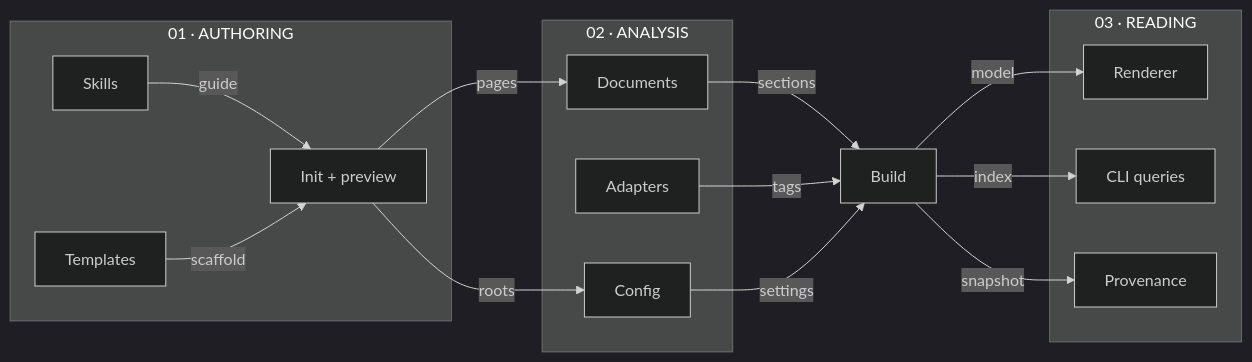
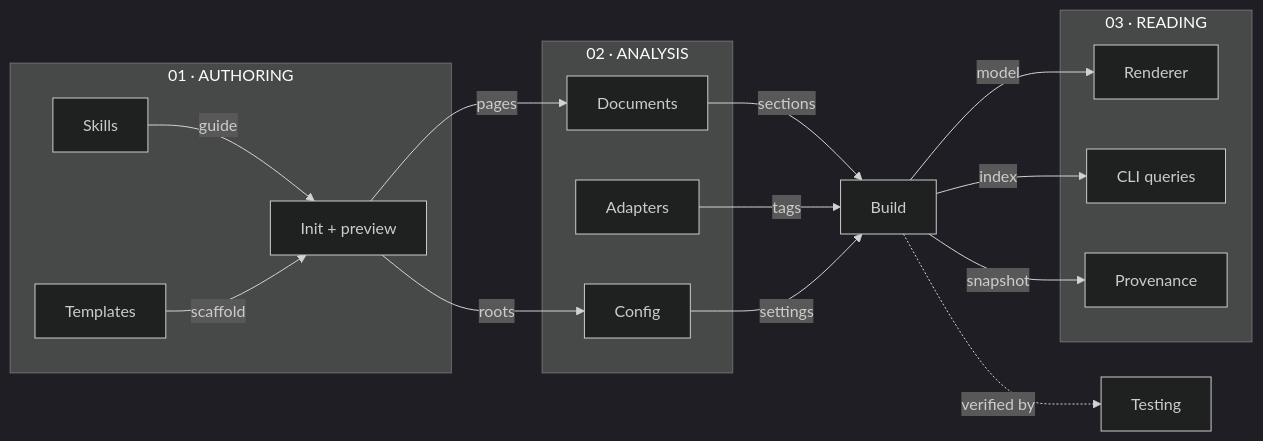
Before and after one commit to Lizhou31/codewiki: the diagram in codewiki/wiki/architecture.md, drawn with Mermaid (dark theme). The commit also changed other lines of this file and 7 other files, not shown here.

Commit message:
docs: add testing architecture and source-linked test guides

````diff
--- a/codewiki/wiki/architecture.md
+++ b/codewiki/wiki/architecture.md
@@ -33,25 +34,26 @@
 ```mermaid
 flowchart LR
   subgraph authoring_layer["01 · AUTHORING"]
     skills["Skills"] -->|guide| authoring["Init + preview"]
     templates["Templates"] -->|scaffold| authoring
   end
   subgraph core_layer["02 · ANALYSIS"]
     documents["Documents"]
     languages["Adapters"]
     config["Config"]
   end
   subgraph reading_layer["03 · READING"]
     renderer["Renderer"]
     queries["CLI queries"]
     history["Provenance"]
   end
   authoring -->|pages| documents
   authoring -->|roots| config
   documents -->|sections| build["Build"]
   languages -->|tags| build
   config -->|settings| build
   build -->|model| renderer
   build -->|index| queries
   build -->|snapshot| history
+  build -.->|verified by| testing["Testing"]
 ```
````
